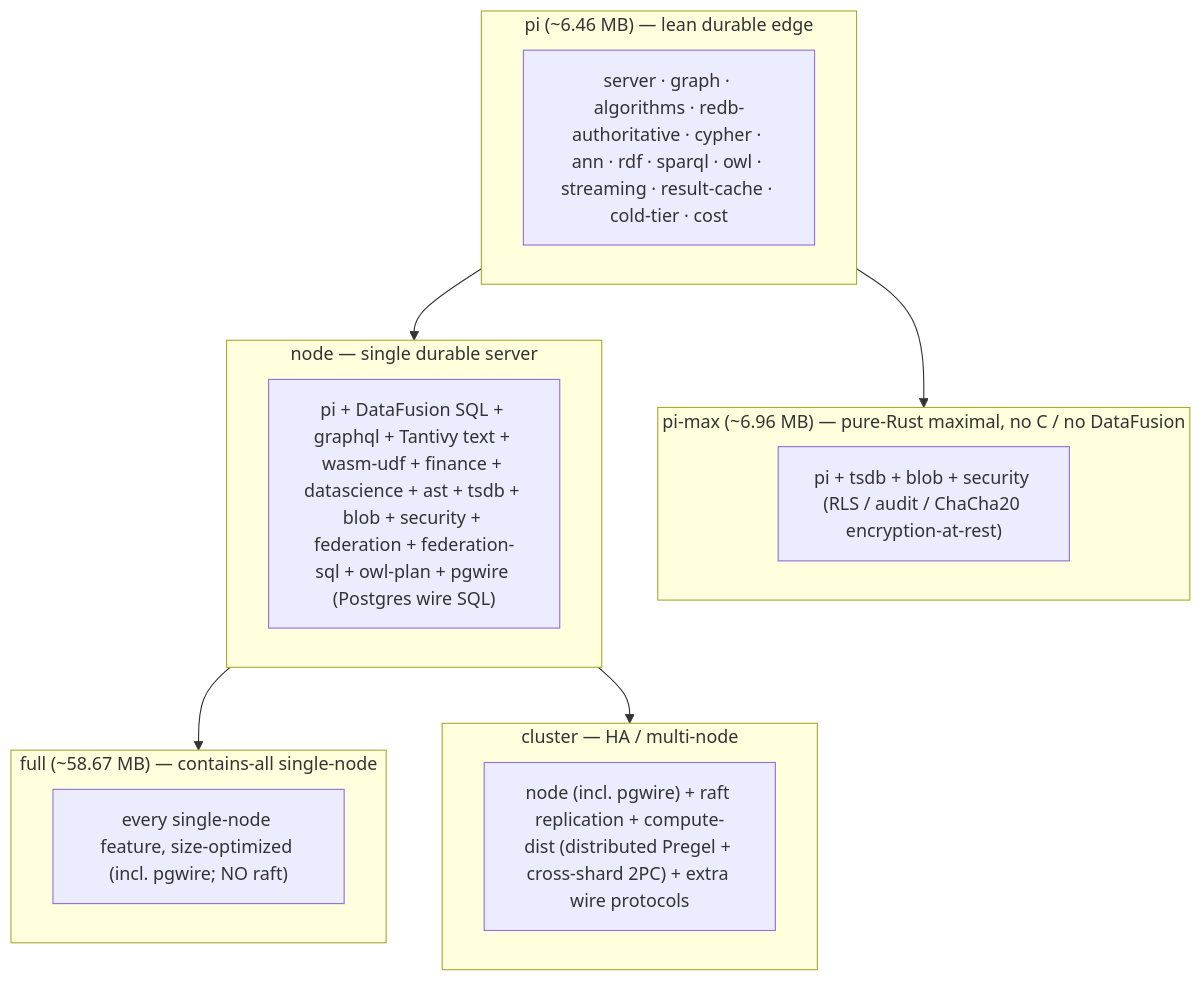
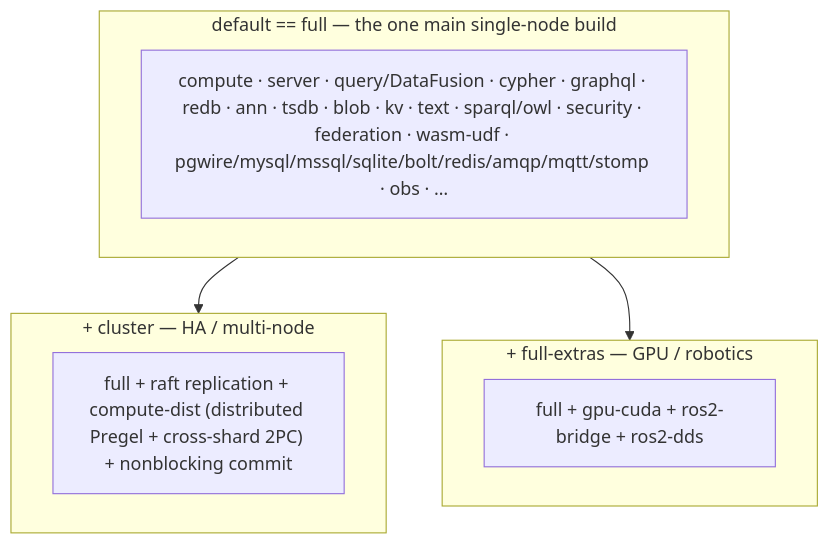
The diagram in docs/architecture/tiers.md (Knuckles-Team/epistemic-graph), drawn with Mermaid before and after one commit. The commit also changed other lines of this file and 33 other files, not shown here.

````diff
--- a/docs/architecture/tiers.md
+++ b/docs/architecture/tiers.md
@@ -24,23 +50,14 @@
 ```mermaid
 flowchart TB
-    subgraph pi["pi (~6.46 MB) — lean durable edge"]
-        PIF["server · graph · algorithms · redb-authoritative · cypher · ann · rdf · sparql · owl · streaming · result-cache · cold-tier · cost"]
+    subgraph main["default == full — the one main single-node build"]
+        MF["compute · server · query/DataFusion · cypher · graphql · redb · ann · tsdb · blob · kv · text · sparql/owl · security · federation · wasm-udf · pgwire/mysql/mssql/sqlite/bolt/redis/amqp/mqtt/stomp · obs · …"]
     end
-    subgraph pimax["pi-max (~6.96 MB) — pure-Rust maximal, no C / no DataFusion"]
-        PMF["pi + tsdb + blob + security (RLS / audit / ChaCha20 encryption-at-rest)"]
+    subgraph cluster["+ cluster — HA / multi-node"]
+        CF["full + raft replication + compute-dist (distributed Pregel + cross-shard 2PC) + nonblocking commit"]
     end
-    subgraph node["node — single durable server"]
-        NF["pi + DataFusion SQL + graphql + Tantivy text + wasm-udf + finance + datascience + ast + tsdb + blob + security + federation + federation-sql + owl-plan + pgwire (Postgres wire SQL)"]
+    subgraph extras["+ full-extras — GPU / robotics"]
+        EF["full + gpu-cuda + ros2-bridge + ros2-dds"]
     end
-    subgraph full["full (~58.67 MB) — contains-all single-node"]
-        FF["every single-node feature, size-optimized (incl. pgwire; NO raft)"]
-    end
-    subgraph cluster["cluster — HA / multi-node"]
-        CF["node (incl. pgwire) + raft replication + compute-dist (distributed Pregel + cross-shard 2PC) + extra wire protocols"]
-    end
-
-    pi --> pimax
-    pi --> node
-    node --> full
-    node --> cluster
+    main --> cluster
+    main --> extras
 ```
````
